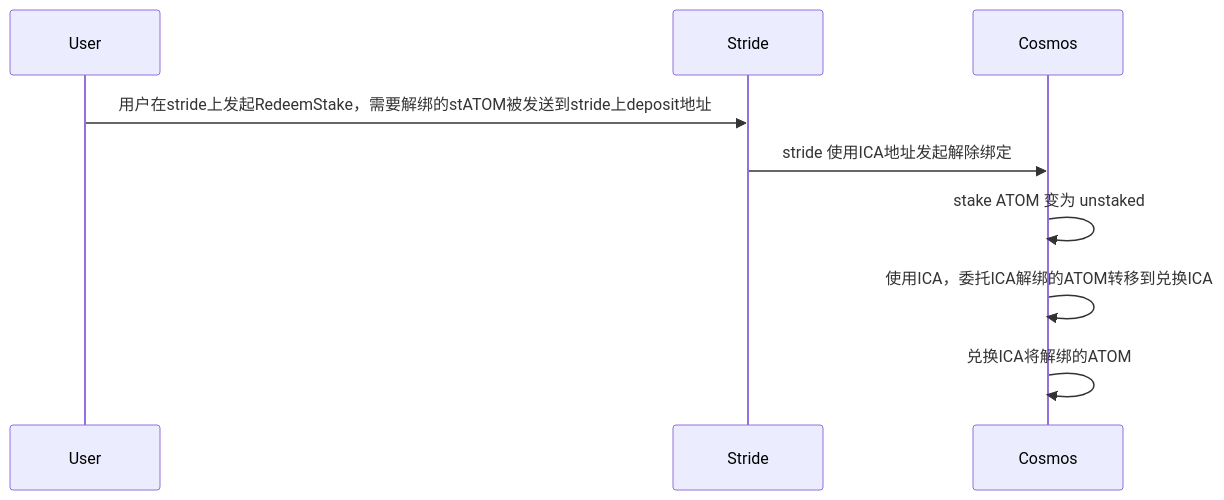
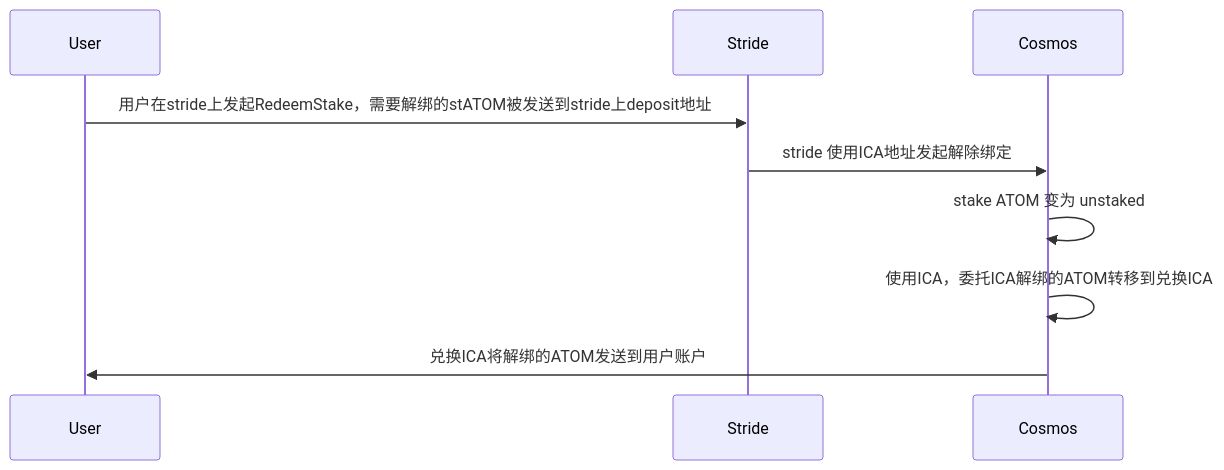
One commit to yingjianzh/iodraw-files changed the diagram in all/unbonding.md. Above: the diagram before and after it, drawn with Mermaid.

Commit message:
2024-03-28 15:50:17 update

````diff
--- a/all/unbonding.md
+++ b/all/unbonding.md
@@ -1,8 +1,8 @@
 ```mermaid
 sequenceDiagram
     User->>Stride: 用户在stride上发起RedeemStake，需要解绑的stATOM被发送到stride上deposit地址
     Stride->>Cosmos: stride 使用ICA地址发起解除绑定
     Cosmos->>Cosmos: stake ATOM 变为 unstaked
     Cosmos->>Cosmos: 使用ICA，委托ICA解绑的ATOM转移到兑换ICA
-    Cosmos->>Cosmos: 兑换ICA将解绑的ATOM
+    Cosmos->>User: 兑换ICA将解绑的ATOM发送到用户账户
 ```
````
